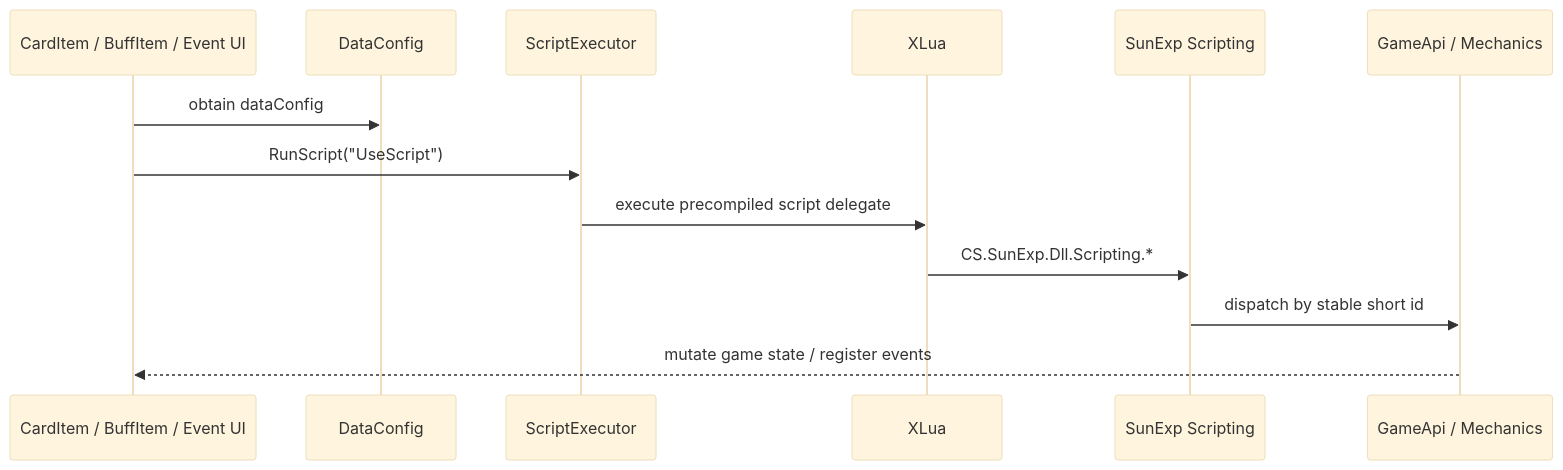
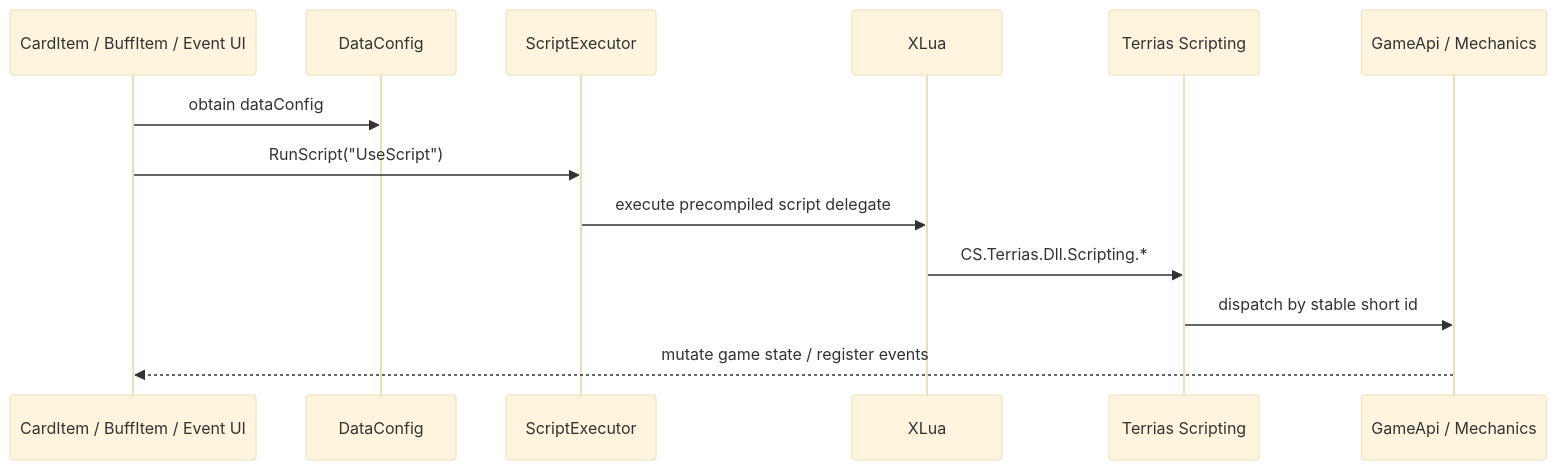
Before and after one commit to AuraKaliya/apocalyptic-journey-mod-SunExp: the second of 2 diagrams in docs/Terrias/02-MOD内容数据与加载链.md, drawn with Mermaid (base theme). The commit also changed other lines of this file and 670 other files, not shown here.

````diff
--- a/docs/Terrias/02-MOD内容数据与加载链.md
+++ b/docs/Terrias/02-MOD内容数据与加载链.md
@@ -117,16 +117,16 @@
 ```mermaid
 sequenceDiagram
     participant Host as CardItem / BuffItem / Event UI
     participant DC as DataConfig
     participant SE as ScriptExecutor
     participant XL as XLua
-    participant S as SunExp Scripting
+    participant S as Terrias Scripting
     participant Impl as GameApi / Mechanics
 
     Host->>DC: obtain dataConfig
     Host->>SE: RunScript("UseScript")
     SE->>XL: execute precompiled script delegate
-    XL->>S: CS.SunExp.Dll.Scripting.*
+    XL->>S: CS.Terrias.Dll.Scripting.*
     S->>Impl: dispatch by stable short id
     Impl-->>Host: mutate game state / register events
 ```
````
